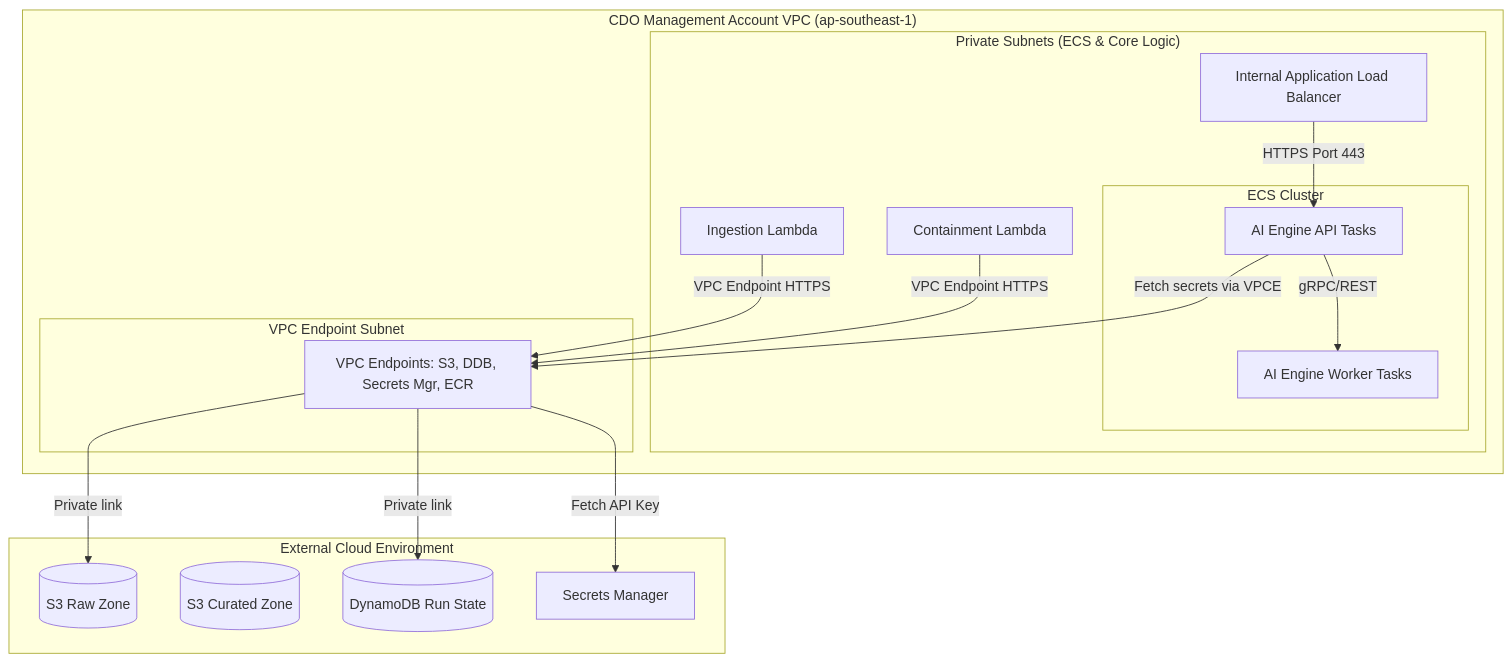
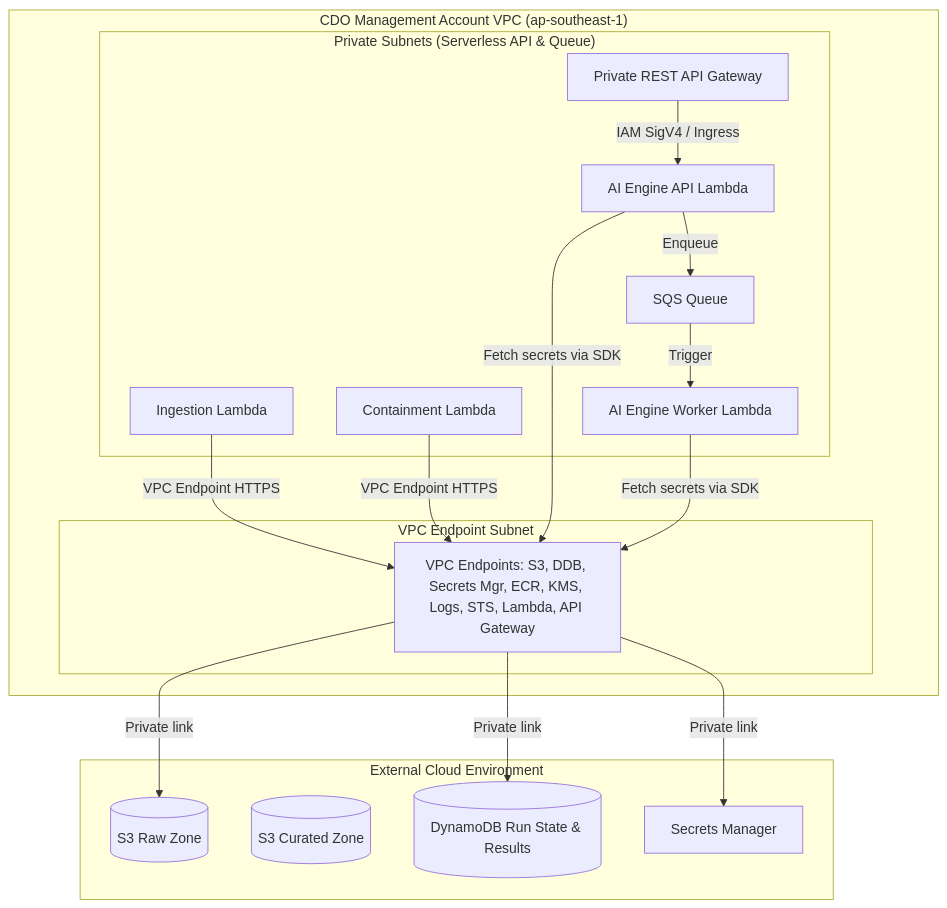
Before and after one commit to hungxqt/tf2-finops-docs: the diagram in docs/tf2-finops/03_security_design.md, drawn with Mermaid. The commit also changed other lines of this file and 20 other files, not shown here.

````diff
--- a/docs/tf2-finops/03_security_design.md
+++ b/docs/tf2-finops/03_security_design.md
@@ -15,37 +15,38 @@
 ```mermaid
 graph TD
     subgraph "CDO Management Account VPC (ap-southeast-1)"
-        subgraph "Private Subnets (ECS & Core Logic)"
-            subgraph "ECS Cluster"
-                API_P[AI Engine API Tasks]
-                WRK_P[AI Engine Worker Tasks]
-            end
+        subgraph "Private Subnets (Serverless API & Queue)"
+            APIGW[Private REST API Gateway]
+            AILambdaAPI[AI Engine API Lambda]
+            AILambdaWorker[AI Engine Worker Lambda]
+            SQSQueue[SQS Queue]
             L_Pull[Ingestion Lambda]
             L_Cont[Containment Lambda]
-            ALB[Internal Application Load Balancer]
         end
 
         subgraph "VPC Endpoint Subnet"
-            VPCE[VPC Endpoints: S3, DDB, Secrets Mgr, ECR]
+            VPCE[VPC Endpoints: S3, DDB, Secrets Mgr, ECR, KMS, Logs, STS, Lambda, API Gateway]
         end
     end
 
     subgraph "External Cloud Environment"
         S3Raw[(S3 Raw Zone)]
         S3Cur[(S3 Curated Zone)]
-        DDB[(DynamoDB Run State)]
+        DDB[(DynamoDB Run State & Results)]
         SM[Secrets Manager]
     end
 
     %% Network flows
     L_Pull -->|VPC Endpoint HTTPS| VPCE
     VPCE -->|Private link| S3Raw
     L_Cont -->|VPC Endpoint HTTPS| VPCE
     VPCE -->|Private link| DDB
     
-    %% ECS traffic
-    ALB -->|HTTPS Port 443| API_P
-    API_P -->|gRPC/REST| WRK_P
-    API_P -->|Fetch secrets via VPCE| VPCE
-    VPCE -->|Fetch API Key| SM
+    %% Serverless traffic
+    APIGW -->|IAM SigV4 / Ingress| AILambdaAPI
+    AILambdaAPI -->|Enqueue| SQSQueue
+    SQSQueue -->|Trigger| AILambdaWorker
+    AILambdaAPI -->|Fetch secrets via SDK| VPCE
+    AILambdaWorker -->|Fetch secrets via SDK| VPCE
+    VPCE -->|Private link| SM
 ```
````
